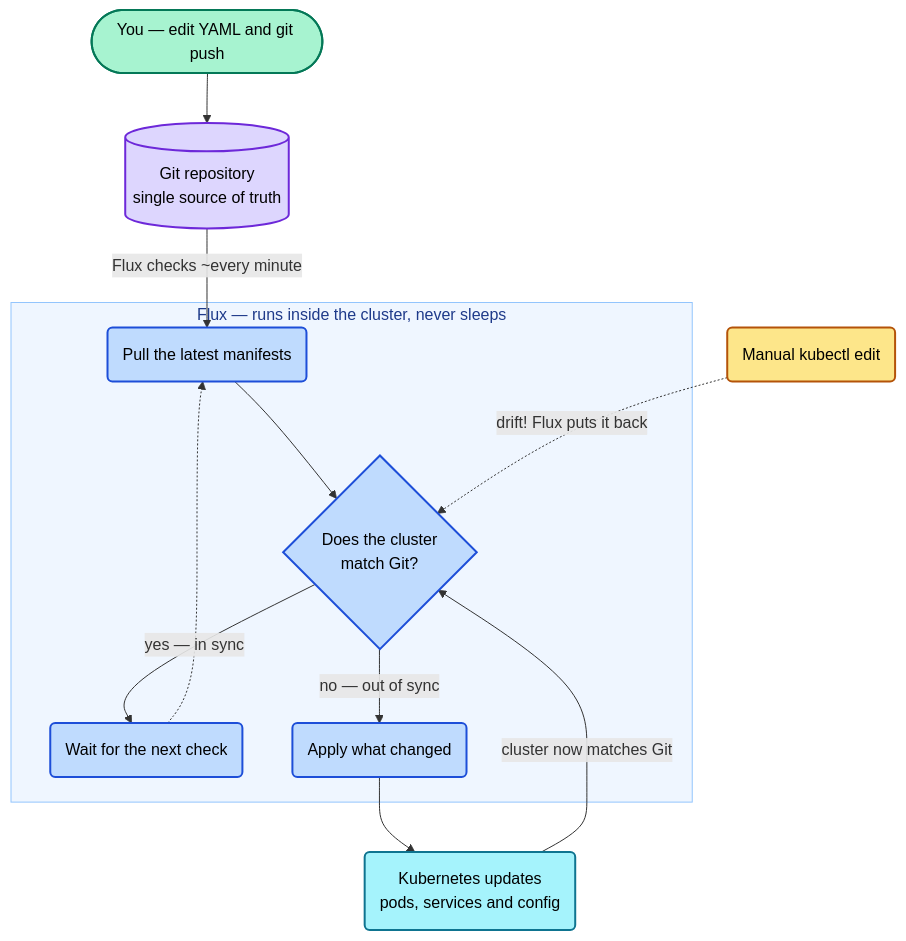
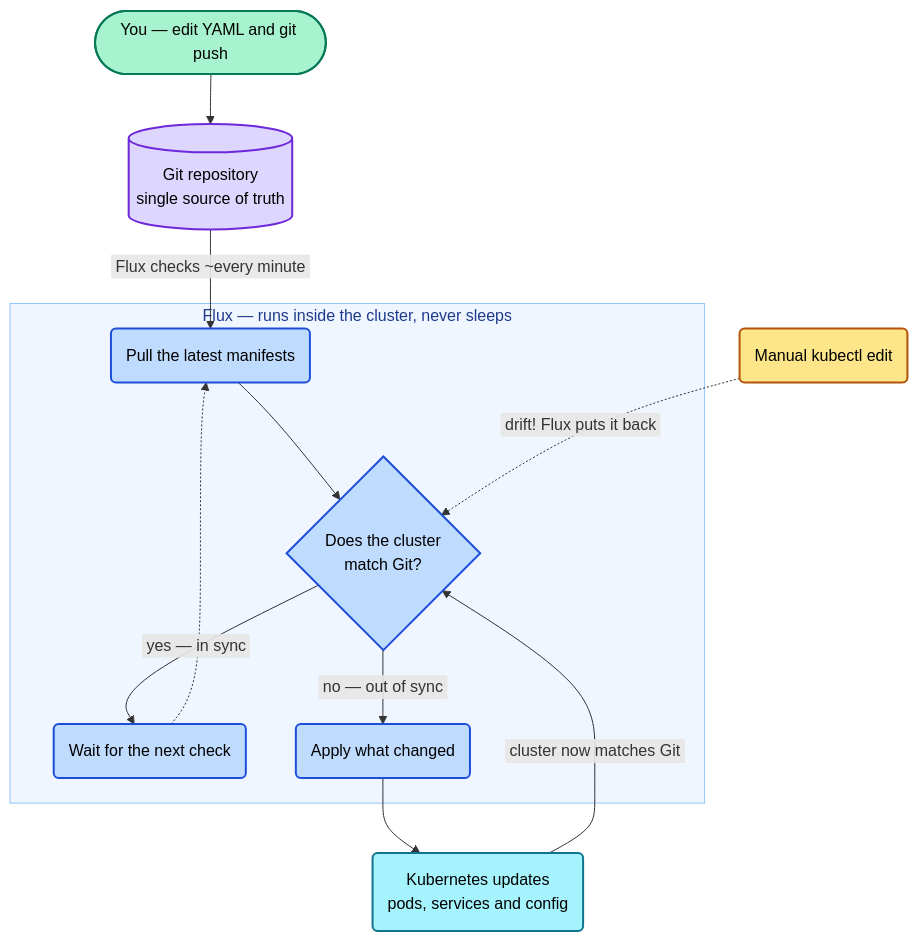
One commit to chr1sd/home-ops changed the diagram in README.md. Above: the diagram before and after it, drawn with Mermaid.

Commit message:
chore: did this fix it?

````diff
--- a/README.md
+++ b/README.md
@@ -90,32 +90,32 @@
 ```mermaid
 flowchart TD
     %% MEANING: the GitOps loop — Git is the source of truth, Flux reconciles the cluster to match it
 
     Dev(["You — edit YAML and git push"]) --> Git[("Git repository<br/>single source of truth")]
 
     subgraph FluxLoop["Flux — runs inside the cluster, never sleeps"]
         Pull("Pull the latest manifests") --> Diff{"Does the cluster<br/>match Git?"}
-        Diff -->|" yes — in sync "| Wait("Wait for the next check")
+        Diff -->|"&nbsp;yes — in sync&nbsp;"| Wait("Wait for the next check")
         Wait -.-> Pull
-        Diff -->|" no — out of sync "| Apply("Apply what changed")
+        Diff -->|"&nbsp;no — out of sync&nbsp;"| Apply("Apply what changed")
     end
 
-    Git -->|" Flux checks ~every minute "| Pull
+    Git -->|"&nbsp;Flux checks ~every minute&nbsp;"| Pull
     Apply --> K8s("Kubernetes updates<br/>pods, services and config")
-    K8s -->|" cluster now matches Git "| Diff
-    Drift("Manual kubectl edit") -.->|" drift! Flux puts it back "| Diff
+    K8s -->|"&nbsp;cluster now matches Git&nbsp;"| Diff
+    Drift("Manual kubectl edit") -.->|"&nbsp;drift! Flux puts it back&nbsp;"| Diff
 
     classDef human fill:#A7F3D0,stroke:#047857,stroke-width:2px,color:#000
     classDef git fill:#DDD6FE,stroke:#6D28D9,stroke-width:2px,color:#000
     classDef flux fill:#BFDBFE,stroke:#1D4ED8,stroke-width:2px,color:#000
     classDef k8s fill:#A5F3FC,stroke:#0E7490,stroke-width:2px,color:#000
     classDef warn fill:#FDE68A,stroke:#B45309,stroke-width:2px,color:#000
 
     class Dev human
     class Git git
     class Pull,Diff,Wait,Apply flux
     class K8s k8s
     class Drift warn
 
     style FluxLoop fill:#EFF6FF,stroke:#93C5FD,color:#1E3A8A
 ```
````
